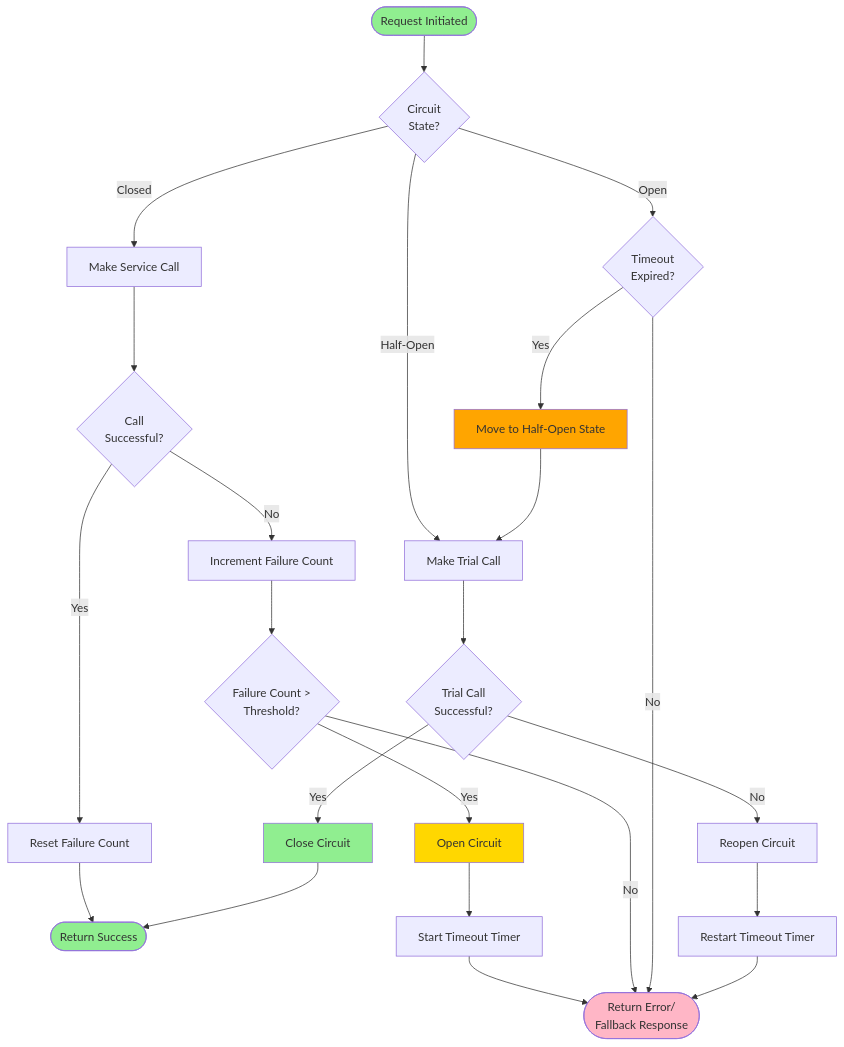
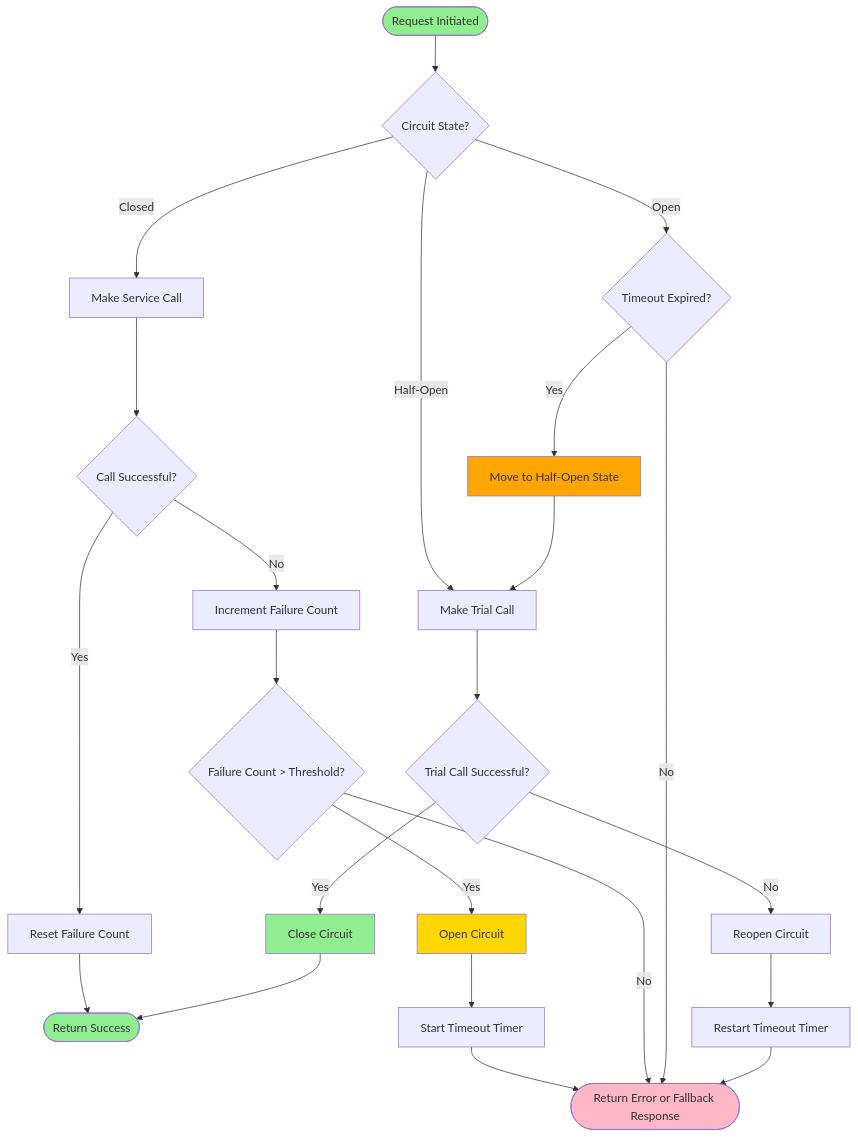
One commit to grahambrooks/mermaid-adr changed the diagram in decisions/0004-circuit-breaker-pattern.md. Above: the diagram before and after it, drawn with Mermaid. The commit also changed 1 other file, not shown here.

Commit message:
Fix: Remove HTML line breaks from Mermaid diagrams for better compatibility

````diff
--- a/decisions/0004-circuit-breaker-pattern.md
+++ b/decisions/0004-circuit-breaker-pattern.md
@@ -23,42 +23,42 @@
 ```mermaid
 flowchart TD
-    Start([Request Initiated]) --> CheckState{Circuit<br/>State?}
+    Start([Request Initiated]) --> CheckState{Circuit State?}
     
     CheckState -->|Closed| MakeCall[Make Service Call]
-    CheckState -->|Open| CheckTimeout{Timeout<br/>Expired?}
+    CheckState -->|Open| CheckTimeout{Timeout Expired?}
     CheckState -->|Half-Open| MakeTrial[Make Trial Call]
     
-    MakeCall --> Success{Call<br/>Successful?}
+    MakeCall --> Success{Call Successful?}
     
     Success -->|Yes| ResetCount[Reset Failure Count]
     ResetCount --> ReturnSuccess([Return Success])
     
     Success -->|No| IncrementCount[Increment Failure Count]
-    IncrementCount --> CheckThreshold{Failure Count ><br/>Threshold?}
+    IncrementCount --> CheckThreshold{Failure Count > Threshold?}
     
     CheckThreshold -->|Yes| OpenCircuit[Open Circuit]
     OpenCircuit --> StartTimer[Start Timeout Timer]
-    StartTimer --> ReturnError([Return Error/<br/>Fallback Response])
+    StartTimer --> ReturnError([Return Error or Fallback Response])
     
     CheckThreshold -->|No| ReturnError
     
     CheckTimeout -->|No| ReturnError
     CheckTimeout -->|Yes| HalfOpen[Move to Half-Open State]
     HalfOpen --> MakeTrial
     
-    MakeTrial --> TrialSuccess{Trial Call<br/>Successful?}
+    MakeTrial --> TrialSuccess{Trial Call Successful?}
     
     TrialSuccess -->|Yes| CloseCircuit[Close Circuit]
     CloseCircuit --> ReturnSuccess
     
     TrialSuccess -->|No| ReopenCircuit[Reopen Circuit]
     ReopenCircuit --> RestartTimer[Restart Timeout Timer]
     RestartTimer --> ReturnError
     
     style Start fill:#90EE90
     style ReturnSuccess fill:#90EE90
     style ReturnError fill:#FFB6C6
     style OpenCircuit fill:#FFD700
     style CloseCircuit fill:#90EE90
     style HalfOpen fill:#FFA500
 ```
````
